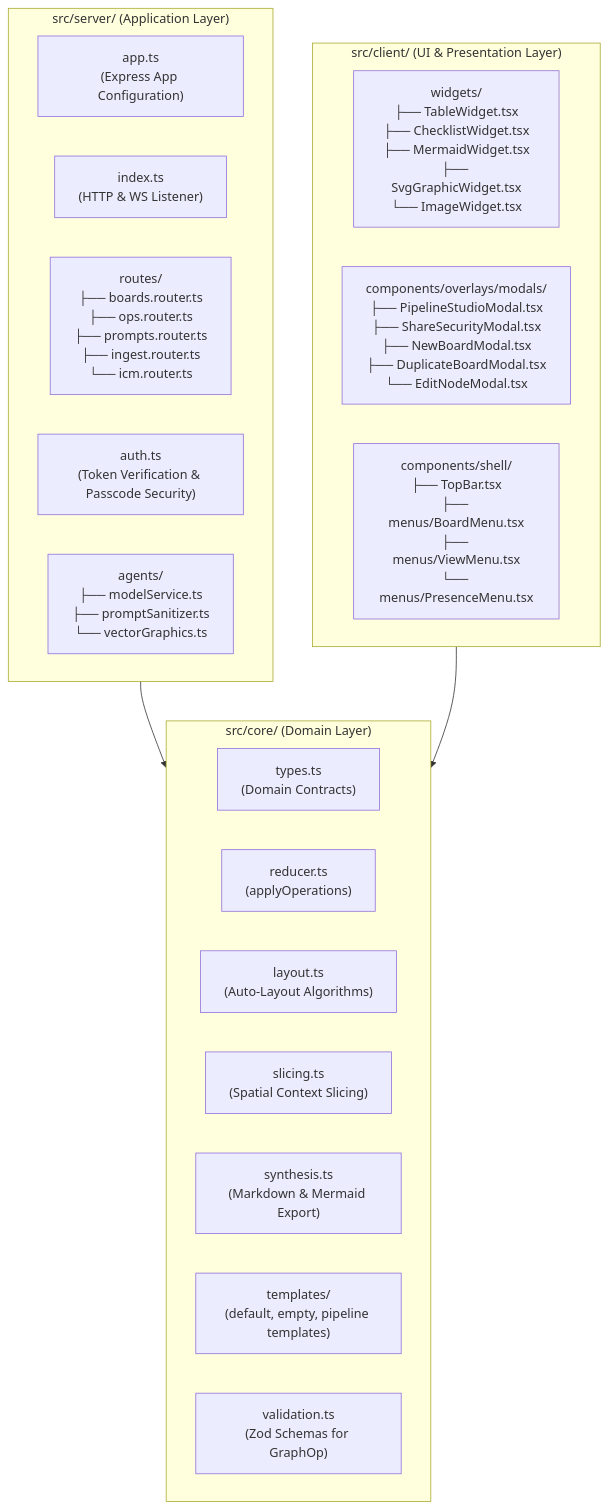
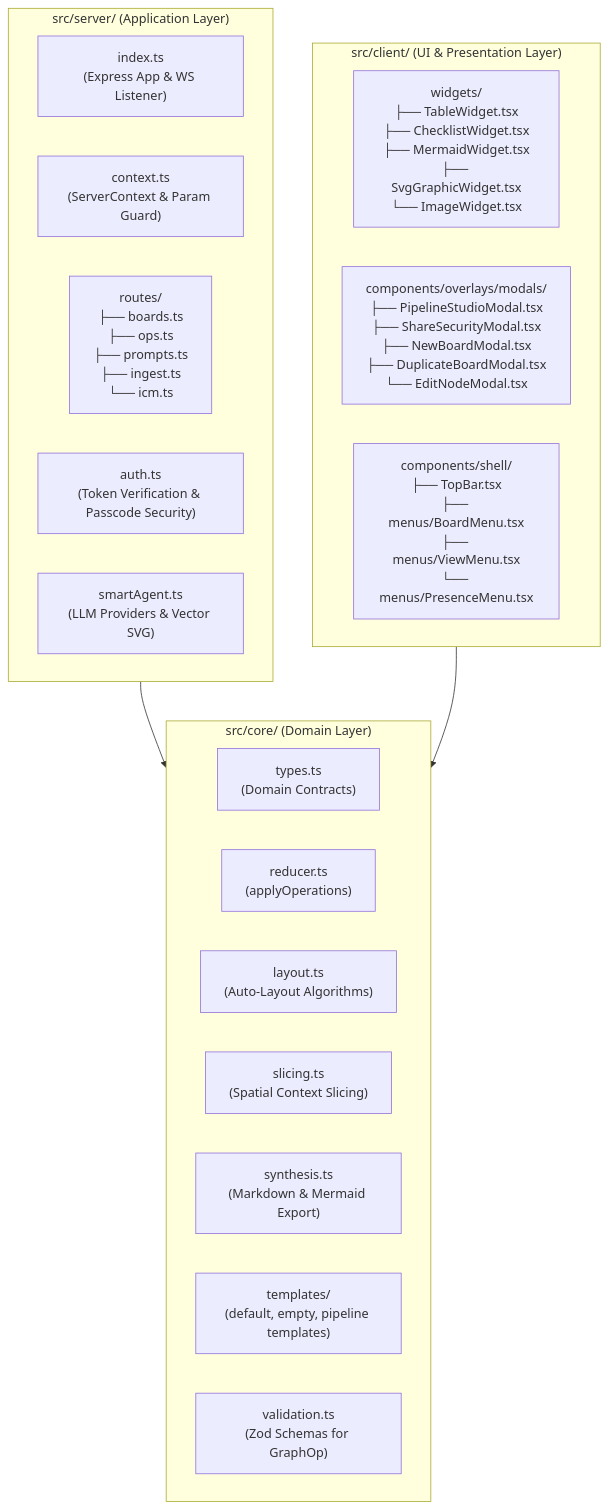
One commit to munronai/scrappy changed the sixth of 6 diagrams in ARCHITECTURE.md. Above: the diagram before and after it, drawn with Mermaid. The commit also changed other lines of this file and 11 other files, not shown here.

Commit message:
refactor(server): modularize API v1 routes into src/server/routes

````diff
--- a/ARCHITECTURE.md
+++ b/ARCHITECTURE.md
@@ -362,29 +366,29 @@
 ```mermaid
 graph TD
     subgraph CoreDomain["src/core/ (Domain Layer)"]
         Types["types.ts<br/>(Domain Contracts)"]
         Reducer["reducer.ts<br/>(applyOperations)"]
         Layout["layout.ts<br/>(Auto-Layout Algorithms)"]
         Slice["slicing.ts<br/>(Spatial Context Slicing)"]
         Synthesis["synthesis.ts<br/>(Markdown & Mermaid Export)"]
         Templates["templates/<br/>(default, empty, pipeline templates)"]
         Validation["validation.ts<br/>(Zod Schemas for GraphOp)"]
     end
 
     subgraph ServerDomain["src/server/ (Application Layer)"]
-        App["app.ts<br/>(Express App Configuration)"]
-        ServerMain["index.ts<br/>(HTTP & WS Listener)"]
-        Routes["routes/<br/>├── boards.router.ts<br/>├── ops.router.ts<br/>├── prompts.router.ts<br/>├── ingest.router.ts<br/>└── icm.router.ts"]
+        ServerMain["index.ts<br/>(Express App & WS Listener)"]
+        Context["context.ts<br/>(ServerContext & Param Guard)"]
+        Routes["routes/<br/>├── boards.ts<br/>├── ops.ts<br/>├── prompts.ts<br/>├── ingest.ts<br/>└── icm.ts"]
         Auth["auth.ts<br/>(Token Verification & Passcode Security)"]
-        Agents["agents/<br/>├── modelService.ts<br/>├── promptSanitizer.ts<br/>└── vectorGraphics.ts"]
+        Agents["smartAgent.ts<br/>(LLM Providers & Vector SVG)"]
     end
 
     subgraph ClientDomain["src/client/ (UI & Presentation Layer)"]
         Widgets["widgets/<br/>├── TableWidget.tsx<br/>├── ChecklistWidget.tsx<br/>├── MermaidWidget.tsx<br/>├── SvgGraphicWidget.tsx<br/>└── ImageWidget.tsx"]
         Modals["components/overlays/modals/<br/>├── PipelineStudioModal.tsx<br/>├── ShareSecurityModal.tsx<br/>├── NewBoardModal.tsx<br/>├── DuplicateBoardModal.tsx<br/>└── EditNodeModal.tsx"]
         Shell["components/shell/<br/>├── TopBar.tsx<br/>├── menus/BoardMenu.tsx<br/>├── menus/ViewMenu.tsx<br/>└── menus/PresenceMenu.tsx"]
     end
 
     ServerDomain --> CoreDomain
     ClientDomain --> CoreDomain
 ```
````
